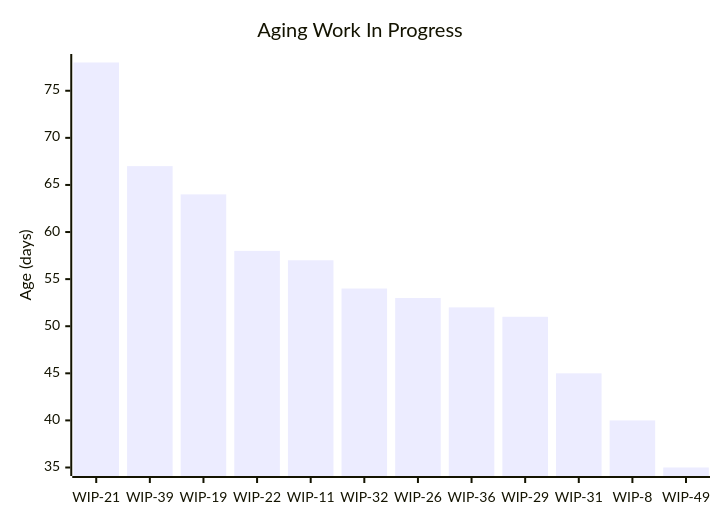
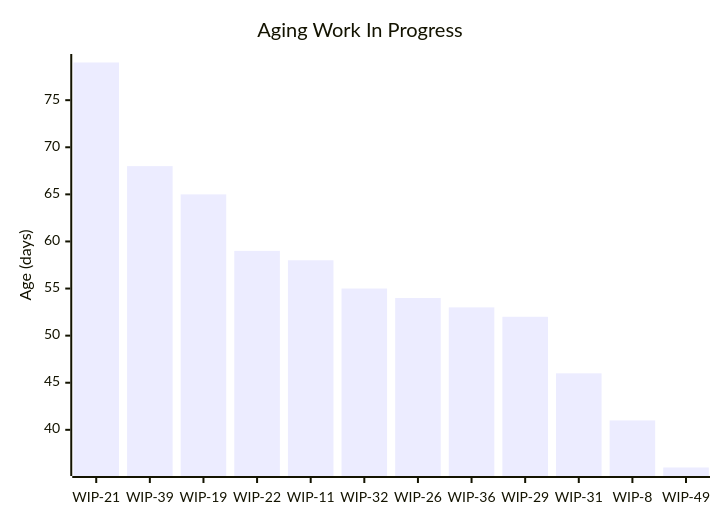
One commit to cbroult/predictability-engine changed the first of 5 diagrams in data/samples/reports/sample_data_large/priorities/Low.md. Above: the diagram before and after it, drawn with Mermaid. The commit also changed other lines of this file and 74 other files, not shown here.

````diff
--- a/data/samples/reports/sample_data_large/priorities/Low.md
+++ b/data/samples/reports/sample_data_large/priorities/Low.md
@@ -29,7 +29,7 @@
 ```mermaid
 xychart-beta
     title "Aging Work In Progress"
     x-axis ["WIP-21", "WIP-39", "WIP-19", "WIP-22", "WIP-11", "WIP-32", "WIP-26", "WIP-36", "WIP-29", "WIP-31", "WIP-8", "WIP-49"]
     y-axis "Age (days)"
-    bar "Age" [78, 67, 64, 58, 57, 54, 53, 52, 51, 45, 40, 35]
+    bar "Age" [79, 68, 65, 59, 58, 55, 54, 53, 52, 46, 41, 36]
 ```
````
